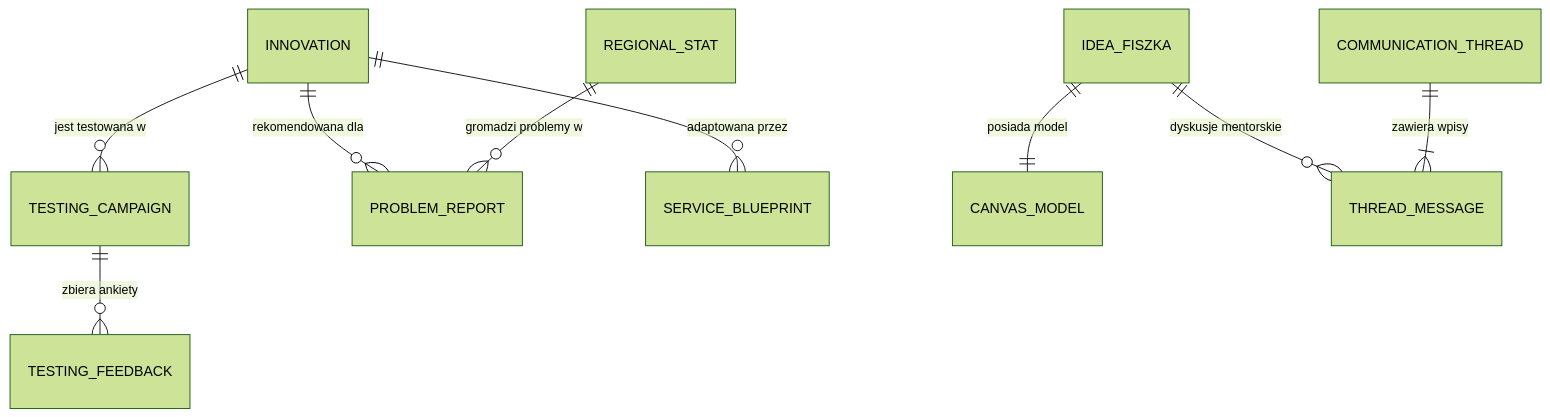
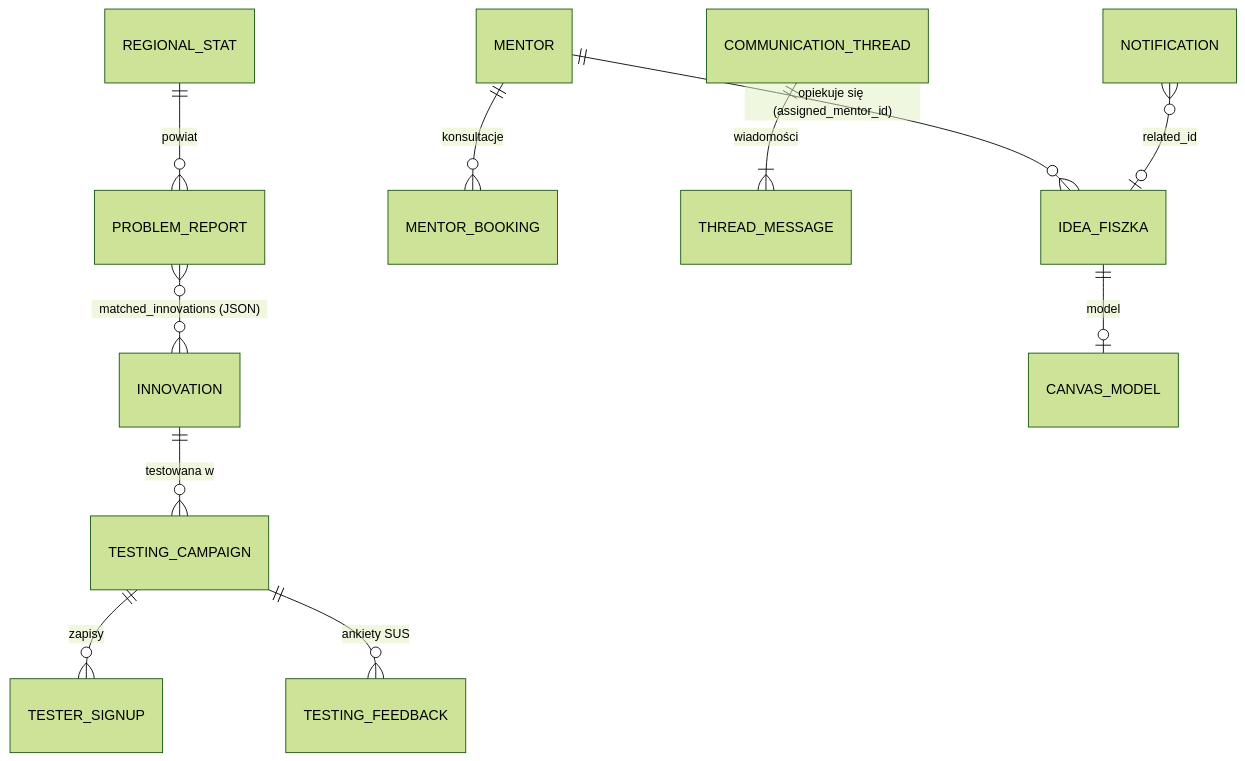
One commit to Drop-the-Base/malopolski-hub-2026 changed the diagram in docs/data_models.md. Above: the diagram before and after it, drawn with Mermaid (forest theme). The commit also changed other lines of this file and 7 other files, not shown here.

````diff
--- a/docs/data_models.md
+++ b/docs/data_models.md
@@ -10,15 +11,13 @@
 ```mermaid
 erDiagram
-    INNOVATION ||--o{ TESTING_CAMPAIGN : "jest testowana w"
-    INNOVATION ||--o{ PROBLEM_REPORT : "rekomendowana dla"
-    INNOVATION ||--o{ SERVICE_BLUEPRINT : "adaptowana przez"
-    
-    IDEA_FISZKA ||--|| CANVAS_MODEL : "posiada model"
-    IDEA_FISZKA ||--o{ THREAD_MESSAGE : "dyskusje mentorskie"
-    
-    TESTING_CAMPAIGN ||--o{ TESTING_FEEDBACK : "zbiera ankiety"
-    
-    COMMUNICATION_THREAD ||--|{ THREAD_MESSAGE : "zawiera wpisy"
-    
-    REGIONAL_STAT ||--o{ PROBLEM_REPORT : "gromadzi problemy w"
+    INNOVATION ||--o{ TESTING_CAMPAIGN : "testowana w"
+    TESTING_CAMPAIGN ||--o{ TESTER_SIGNUP : "zapisy"
+    TESTING_CAMPAIGN ||--o{ TESTING_FEEDBACK : "ankiety SUS"
+    IDEA_FISZKA ||--o| CANVAS_MODEL : "model"
+    MENTOR ||--o{ MENTOR_BOOKING : "konsultacje"
+    MENTOR ||--o{ IDEA_FISZKA : "opiekuje się (assigned_mentor_id)"
+    COMMUNICATION_THREAD ||--|{ THREAD_MESSAGE : "wiadomości"
+    PROBLEM_REPORT }o--o{ INNOVATION : "matched_innovations (JSON)"
+    NOTIFICATION }o--o| IDEA_FISZKA : "related_id"
+    REGIONAL_STAT ||--o{ PROBLEM_REPORT : "powiat"
 ```
````
